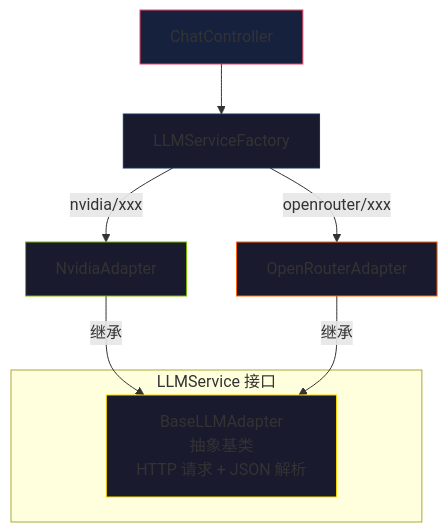
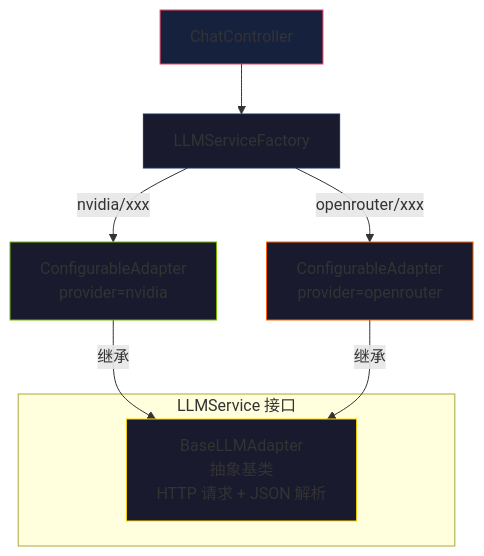
The second of 2 diagrams in README.md (XiaoCheng991/LLM-gateway), drawn with Mermaid before and after one commit. The commit also changed other lines of this file and 2 other files, not shown here.

````diff
--- a/README.md
+++ b/README.md
@@ -80,19 +88,19 @@
 ```mermaid
 graph TD
     Controller[ChatController] --> Factory[LLMServiceFactory]
-    Factory --> |nvidia/xxx| Nvidia[NvidiaAdapter]
-    Factory --> |openrouter/xxx| OpenRouter[OpenRouterAdapter]
+    Factory --> |nvidia/xxx| Nvidia[ConfigurableAdapter<br/>provider=nvidia]
+    Factory --> |openrouter/xxx| OpenRouter[ConfigurableAdapter<br/>provider=openrouter]
     
     subgraph LLMService[LLMService 接口]
         Base[BaseLLMAdapter<br/>抽象基类<br/>HTTP 请求 + JSON 解析]
     end
     
     Nvidia -->|继承| Base
     OpenRouter -->|继承| Base
 
     style Controller fill:#16213e,stroke:#e94560
     style Factory fill:#1a1a2e,stroke:#0f3460
     style Nvidia fill:#1a1a2e,stroke:#76b900
     style OpenRouter fill:#1a1a2e,stroke:#ff6600
     style Base fill:#1a1a2e,stroke:#ffd700
 ```
````
